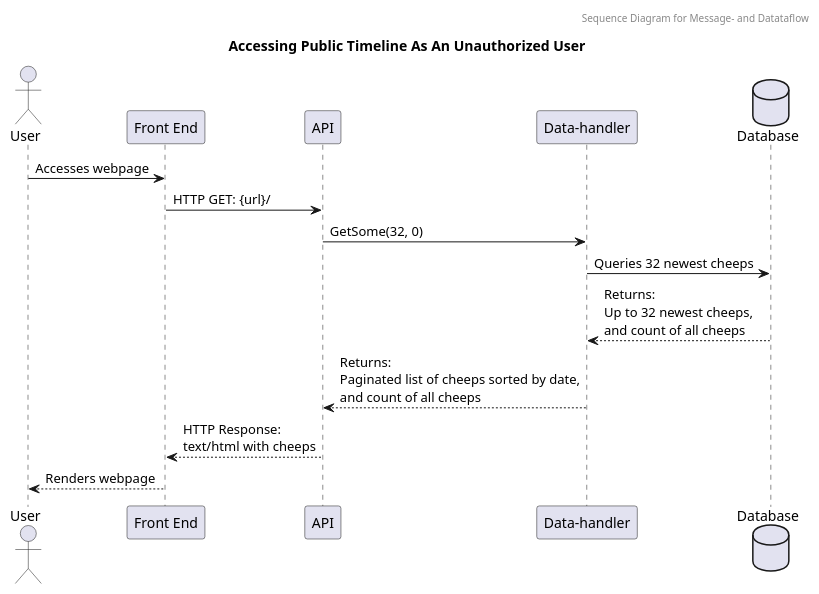
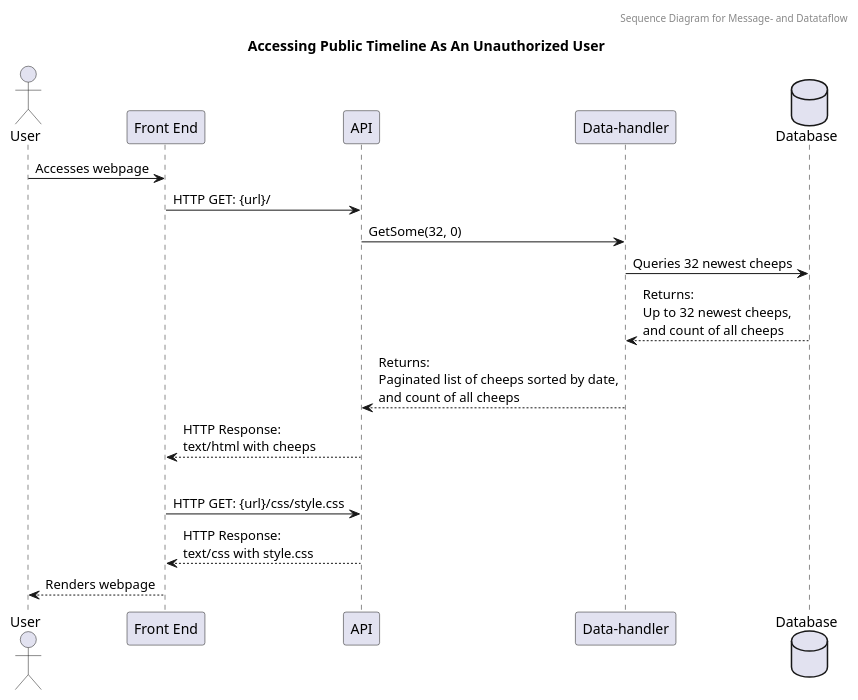
The diagram in docs/report_diagrams/UML_sequence_diagrams/msg_data_flow_UML_seq.puml (ITU-BDSA23-GROUP10/Chirp), drawn with PlantUML before and after one commit.

Commit message:
Added HTTP GET/Response for CSS

```diff
--- a/docs/report_diagrams/UML_sequence_diagrams/msg_data_flow_UML_seq.puml
+++ b/docs/report_diagrams/UML_sequence_diagrams/msg_data_flow_UML_seq.puml
@@ -1,21 +1,23 @@
 @startuml
 
 header Sequence Diagram for Message- and Datataflow
 Title Accessing Public Timeline As An Unauthorized User
-
 
 actor "User" as Us
 participant "Front End" as Fe
 participant "API" as Api
 participant "Data-handler" as Dh
 database "Database" as Db 
 
 Us -> Fe: Accesses webpage
 Fe -> Api: HTTP GET: {url}/
 Api -> Dh: GetSome(32, 0)
 Dh -> Db: Queries 32 newest cheeps
 Return Returns:\nUp to 32 newest cheeps,\nand count of all cheeps
 Dh --> Api: Returns:\nPaginated list of cheeps sorted by date,\nand count of all cheeps
 Api --> Fe: HTTP Response:\ntext/html with cheeps
+|||
+Fe -> Api: HTTP GET: {url}/css/style.css
+Return HTTP Response:\ntext/css with style.css
 Fe --> Us: Renders webpage
 @enduml
```
